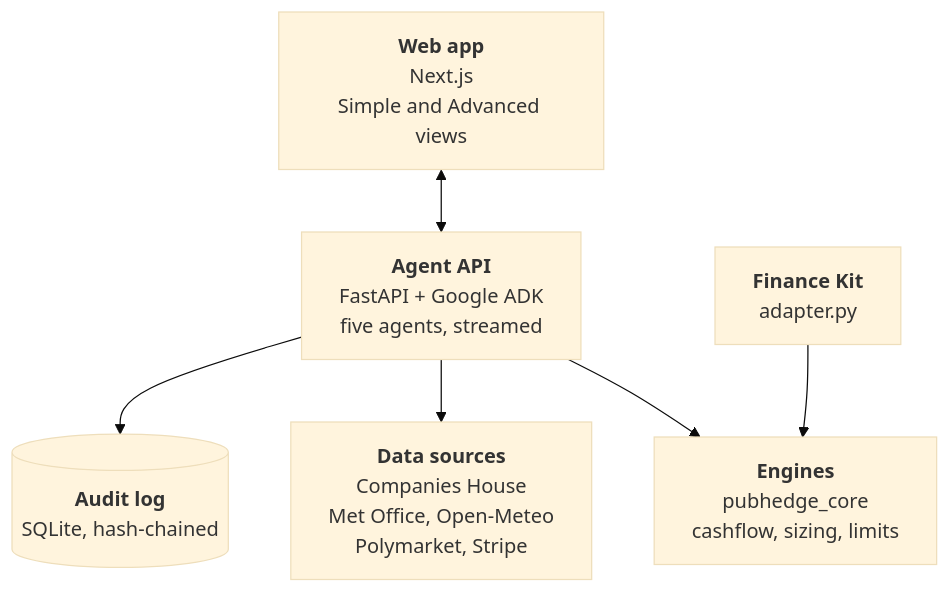
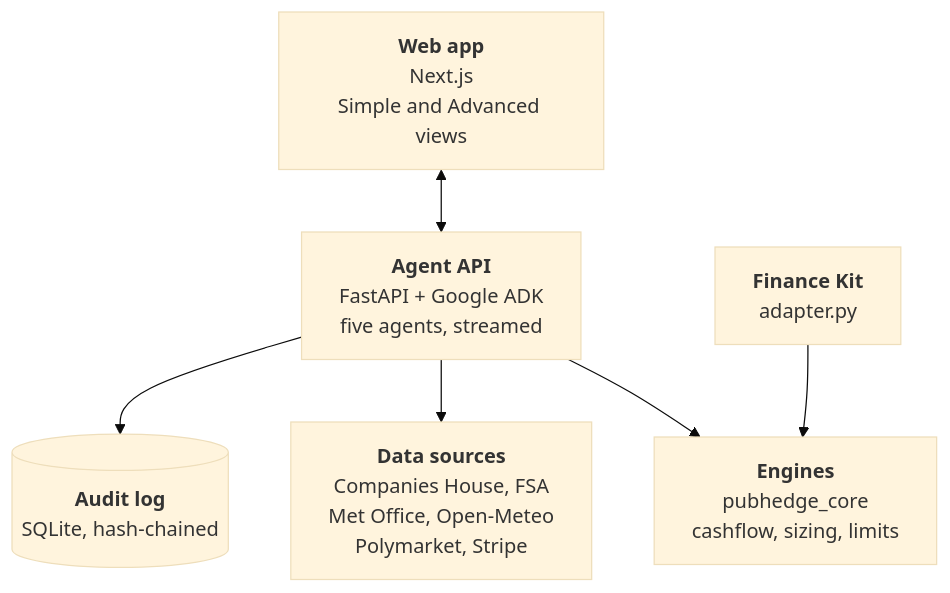
The diagram in README.md (emirhanemre/agentverse_finance), drawn with Mermaid (base theme) before and after one commit. The commit also changed other lines of this file and 1 other file, not shown here.

````diff
--- a/README.md
+++ b/README.md
@@ -130,14 +108,14 @@
 ```mermaid
 flowchart TB
   UI["<b>Web app</b><br/>Next.js<br/>Simple and Advanced views"]
   API["<b>Agent API</b><br/>FastAPI + Google ADK<br/>five agents, streamed"]
   CORE["<b>Engines</b><br/>pubhedge_core<br/>cashflow, sizing, limits"]
-  SRC["<b>Data sources</b><br/>Companies House<br/>Met Office, Open-Meteo<br/>Polymarket, Stripe"]
+  SRC["<b>Data sources</b><br/>Companies House, FSA<br/>Met Office, Open-Meteo<br/>Polymarket, Stripe"]
   LOG[("<b>Audit log</b><br/>SQLite, hash-chained")]
   KIT["<b>Finance Kit</b><br/>adapter.py"]
   UI <--> API
   API --> CORE
   API --> SRC
   API --> LOG
   KIT --> CORE
 ```
````
